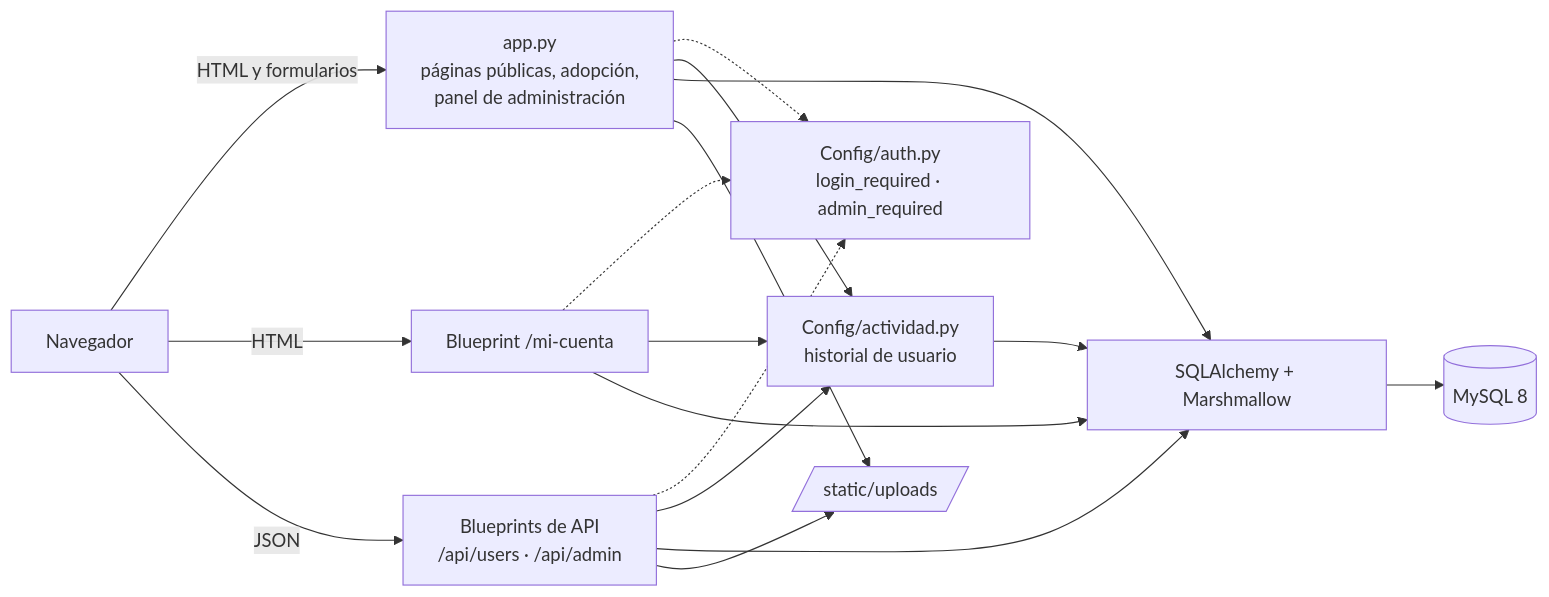
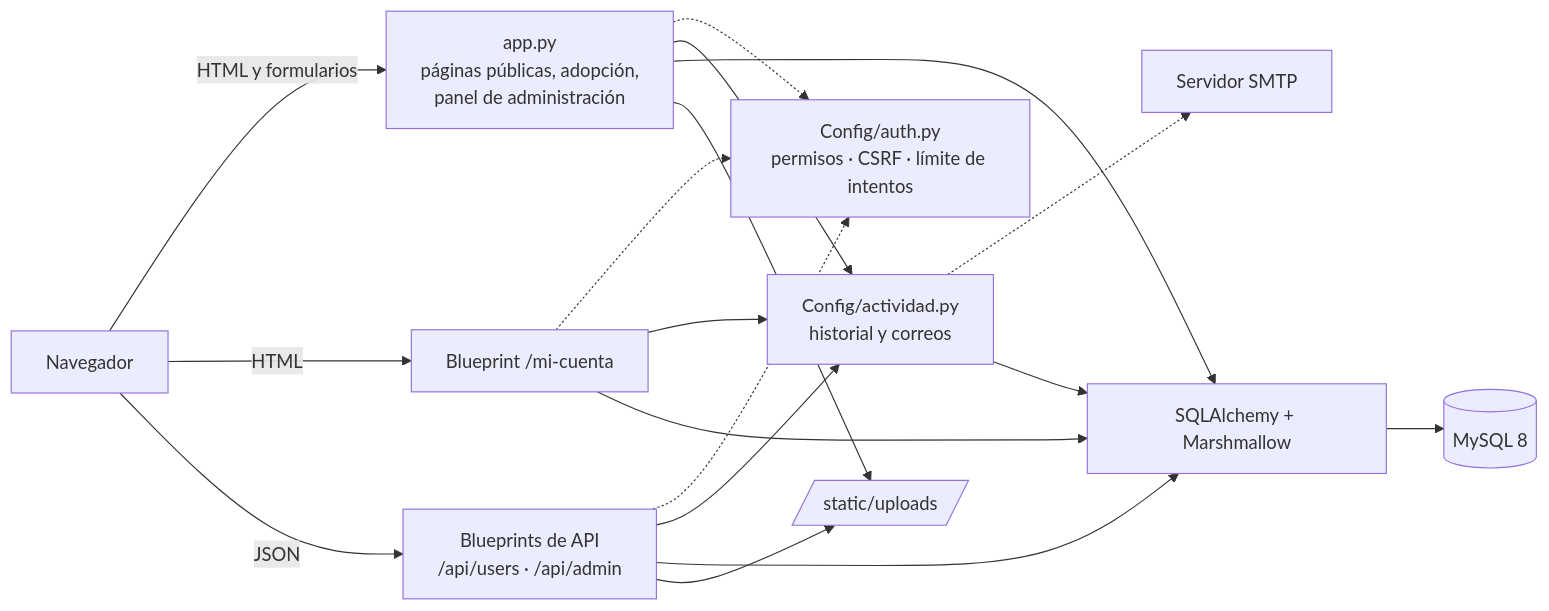
The first of 2 diagrams in README.md (IngGMunoz/Adopt-Me-Now), drawn with Mermaid before and after one commit. The commit also changed other lines of this file and 35 other files, not shown here.

````diff
--- a/README.md
+++ b/README.md
@@ -83,12 +85,13 @@
 ```mermaid
 flowchart LR
     U[Navegador] -->|HTML y formularios| P[app.py<br/>páginas públicas, adopción,<br/>panel de administración]
     U -->|HTML| C[Blueprint /mi-cuenta]
     U -->|JSON| A[Blueprints de API<br/>/api/users · /api/admin]
-    P & C & A -.-> AUTH[Config/auth.py<br/>login_required · admin_required]
-    P & C & A --> ACT[Config/actividad.py<br/>historial de usuario]
+    P & C & A -.-> AUTH[Config/auth.py<br/>permisos · CSRF · límite de intentos]
+    P & C & A --> ACT[Config/actividad.py<br/>historial y correos]
+    ACT -.-> SMTP[Servidor SMTP]
     P & C & A --> ORM[SQLAlchemy + Marshmallow]
     ACT --> ORM
     ORM --> DB[(MySQL 8)]
     P & A --> UP[/static/uploads/]
 ```
````
